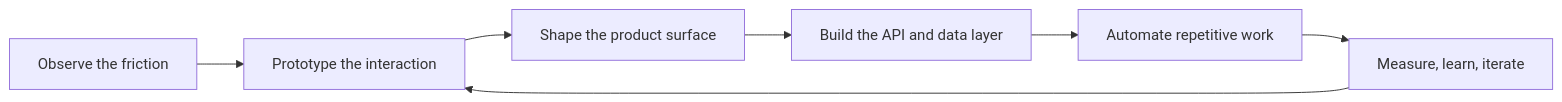
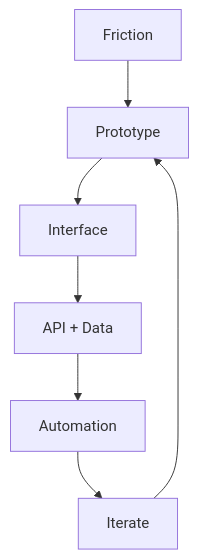
The diagram in README.md (junho-baek/junho-baek), drawn with Mermaid before and after one commit. The commit also changed other lines of this file, not shown here.

````diff
--- a/README.md
+++ b/README.md
@@ -71,9 +127,9 @@
 ```mermaid
-flowchart LR
-    A["Observe the friction"] --> B["Prototype the interaction"]
-    B --> C["Shape the product surface"]
-    C --> D["Build the API and data layer"]
-    D --> E["Automate repetitive work"]
-    E --> F["Measure, learn, iterate"]
+flowchart TD
+    A["Friction"] --> B["Prototype"]
+    B --> C["Interface"]
+    C --> D["API + Data"]
+    D --> E["Automation"]
+    E --> F["Iterate"]
     F --> B
 ```
````
